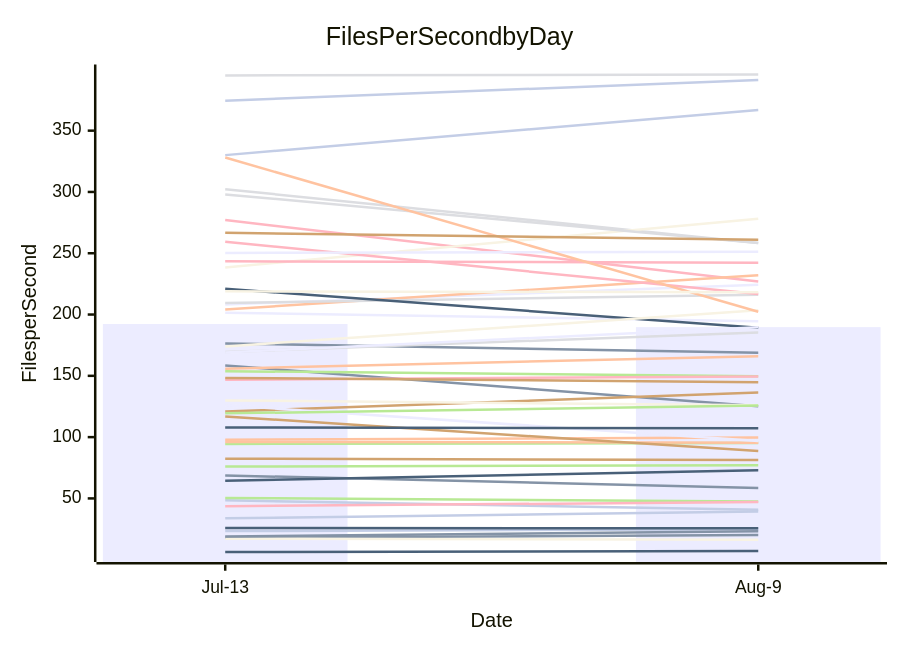
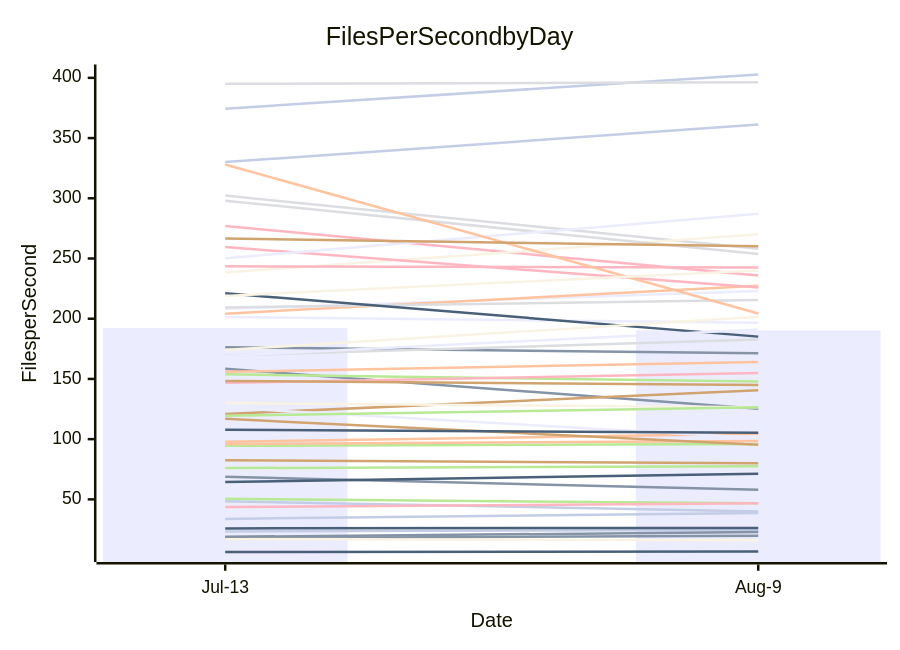
One commit to streetsidesoftware/cspell changed the diagram in perf-report.md. Above: the diagram before and after it, drawn with Mermaid. The commit also changed other lines of this file and 2 other files, not shown here.

````diff
--- a/perf-report.md
+++ b/perf-report.md
@@ -11,57 +11,57 @@
 ```mermaid
 xychart-beta
     title Files Per Second by Day
     y-axis Files per Second
     x-axis Date [Jul-13, Aug-9]
-    bar [192.31, 189.74]
-    line [17.82, 20.21]
-    line [97.93, 99.64]
-    line [302.24, 258.26]
-    line [94.47, 95.12]
-    line [82.41, 81.28]
-    line [48.47, 40.73]
-    line [277.07, 226.89]
-    line [6.29, 7.05]
-    line [238.39, 278.23]
-    line [208.19, 224.24]
-    line [158.48, 125.16]
-    line [204.20, 232.07]
-    line [209.39, 216.12]
-    line [153.81, 149.71]
-    line [120.84, 136.46]
-    line [23.34, 24.91]
-    line [146.76, 149.53]
-    line [25.88, 25.58]
-    line [17.18, 16.38]
-    line [201.45, 194.51]
-    line [176.39, 168.87]
-    line [96.02, 95.50]
-    line [298.01, 258.40]
-    line [76.00, 77.01]
-    line [148.29, 144.86]
-    line [374.43, 391.33]
-    line [259.46, 216.71]
-    line [221.06, 189.18]
-    line [129.95, 126.00]
-    line [126.09, 96.87]
-    line [68.71, 58.58]
-    line [155.87, 165.96]
-    line [169.41, 185.40]
-    line [50.42, 47.43]
-    line [116.87, 88.62]
-    line [330.04, 366.93]
-    line [243.47, 242.28]
-    line [64.41, 73.03]
-    line [174.01, 203.47]
-    line [250.26, 251.15]
-    line [18.90, 23.18]
-    line [328.06, 202.25]
-    line [395.07, 395.81]
-    line [119.39, 125.78]
-    line [266.63, 261.08]
-    line [33.78, 39.31]
-    line [43.65, 46.98]
-    line [107.84, 107.20]
-    line [218.96, 218.13]
-    line [169.05, 189.58]
+    bar [192.31, 190.34]
+    line [17.82, 19.81]
+    line [97.93, 104.46]
+    line [302.24, 258.13]
+    line [94.47, 95.91]
+    line [82.41, 80.01]
+    line [48.47, 39.88]
+    line [277.07, 235.80]
+    line [6.29, 6.78]
+    line [238.39, 270.04]
+    line [208.19, 222.95]
+    line [158.48, 125.19]
+    line [204.20, 227.28]
+    line [209.39, 215.51]
+    line [153.81, 147.77]
+    line [120.84, 140.56]
+    line [23.34, 24.58]
+    line [146.76, 155.02]
+    line [25.88, 26.31]
+    line [17.18, 16.02]
+    line [201.45, 196.64]
+    line [176.39, 171.23]
+    line [96.02, 98.42]
+    line [298.01, 253.81]
+    line [76.00, 77.57]
+    line [148.29, 145.02]
+    line [374.43, 402.79]
+    line [259.46, 225.90]
+    line [221.06, 185.13]
+    line [129.95, 126.56]
+    line [126.09, 101.01]
+    line [68.71, 57.97]
+    line [155.87, 164.09]
+    line [169.41, 182.66]
+    line [50.42, 46.73]
+    line [116.87, 95.44]
+    line [330.04, 361.21]
+    line [243.47, 242.63]
+    line [64.41, 71.22]
+    line [174.01, 201.58]
+    line [250.26, 287.18]
+    line [18.90, 22.81]
+    line [328.06, 204.34]
+    line [395.07, 396.40]
+    line [119.39, 126.39]
+    line [266.63, 260.18]
+    line [33.78, 38.75]
+    line [43.65, 46.67]
+    line [107.84, 105.33]
+    line [218.96, 240.14]
+    line [169.05, 191.07]
 ```
````
